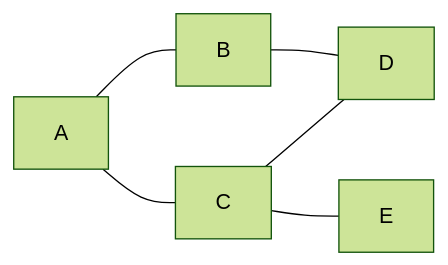
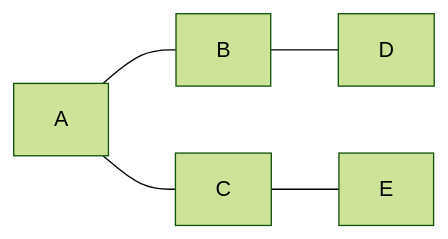
Before and after one commit to xolghadr/dsa-guide: diagram 11 of 19 in ReadMe.md, drawn with Mermaid (forest theme). The commit also changed other lines of this file, not shown here.

````diff
--- a/ReadMe.md
+++ b/ReadMe.md
@@ -512,8 +567,7 @@
 ```mermaid
 flowchart LR
     A --- B
     A --- C
     B --- D
-    C --- D
     C --- E
 ```
````
